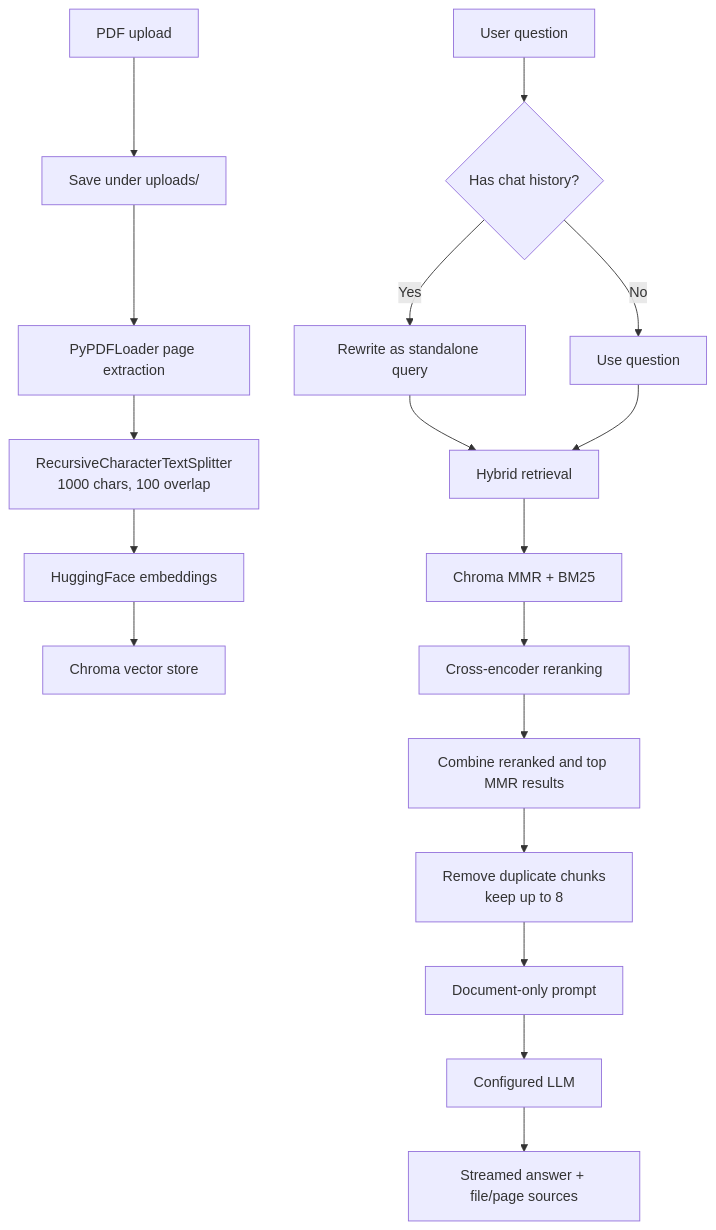
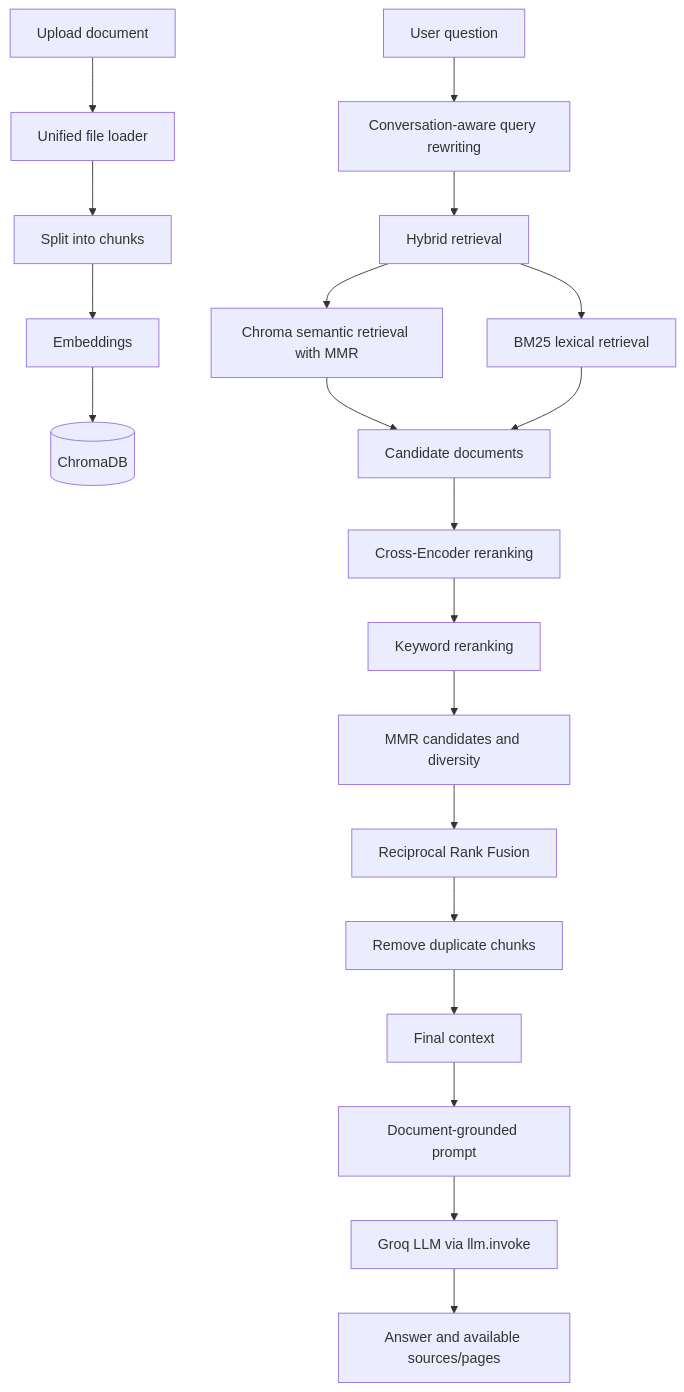
Before and after one commit to Jayasurya-C-0609/Rag_Chatbot: the diagram in README.md, drawn with Mermaid. The commit also changed other lines of this file, not shown here.

````diff
--- a/README.md
+++ b/README.md
@@ -27,20 +33,22 @@
 ```mermaid
 flowchart TD
-    A[PDF upload] --> B[Save under uploads/]
-    B --> C[PyPDFLoader page extraction]
-    C --> D[RecursiveCharacterTextSplitter<br/>1000 chars, 100 overlap]
-    D --> E[HuggingFace embeddings]
-    E --> F[Chroma vector store]
-    Q[User question] --> H{Has chat history?}
-    H -->|Yes| I[Rewrite as standalone query]
-    H -->|No| J[Use question]
-    I --> K[Hybrid retrieval]
-    J --> K
-    K --> L[Chroma MMR + BM25]
-    L --> M[Cross-encoder reranking]
-    M --> N[Combine reranked and top MMR results]
-    N --> O[Remove duplicate chunks<br/>keep up to 8]
-    O --> P[Document-only prompt]
-    P --> R[Configured LLM]
-    R --> S[Streamed answer + file/page sources]
+    A[Upload document] --> B[Unified file loader]
+    B --> C[Split into chunks]
+    C --> D[Embeddings]
+    D --> E[(ChromaDB)]
+    Q[User question] --> R[Conversation-aware query rewriting]
+    R --> H[Hybrid retrieval]
+    H --> H1[Chroma semantic retrieval with MMR]
+    H --> H2[BM25 lexical retrieval]
+    H1 --> CAND[Candidate documents]
+    H2 --> CAND
+    CAND --> X[Cross-Encoder reranking]
+    X --> K[Keyword reranking]
+    K --> M[MMR candidates and diversity]
+    M --> F[Reciprocal Rank Fusion]
+    F --> U[Remove duplicate chunks]
+    U --> CTX[Final context]
+    CTX --> L[Document-grounded prompt]
+    L --> G[Groq LLM via llm.invoke]
+    G --> OUT[Answer and available sources/pages]
 ```
````
